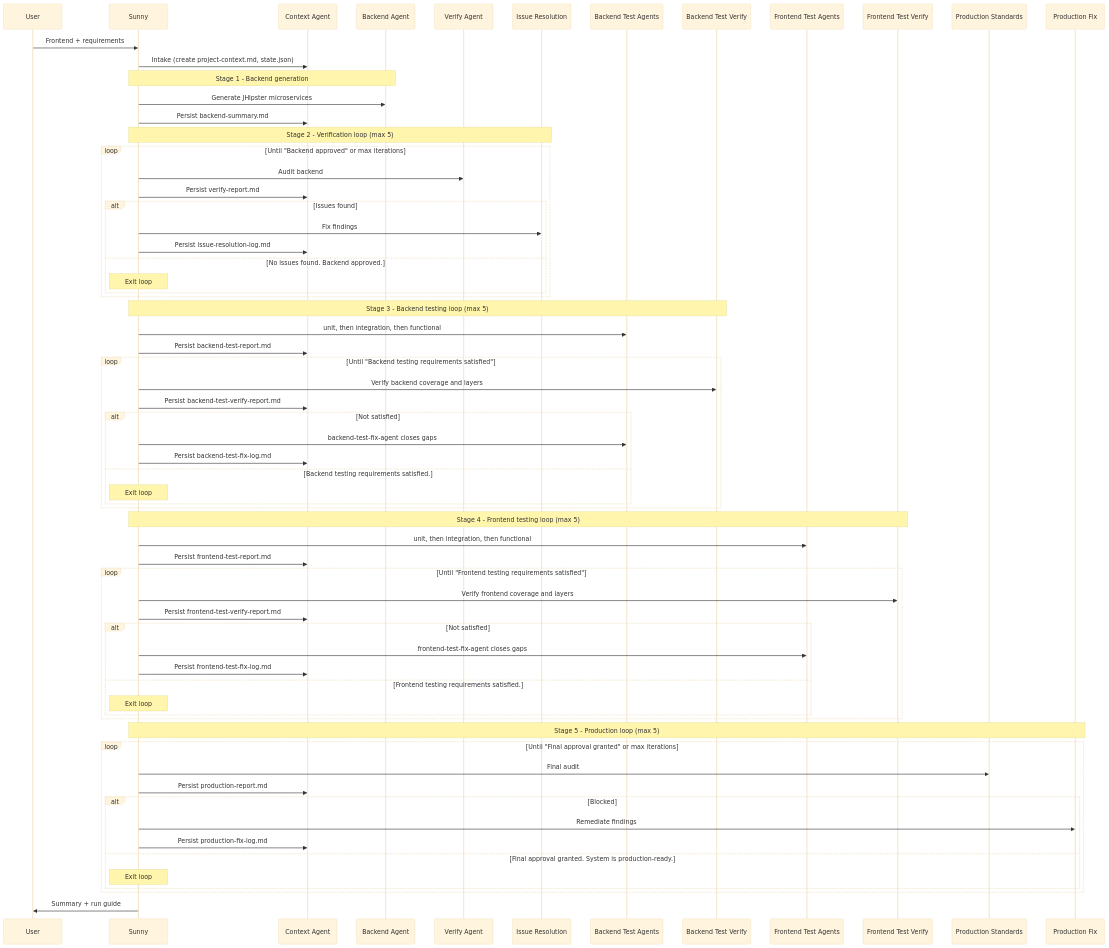
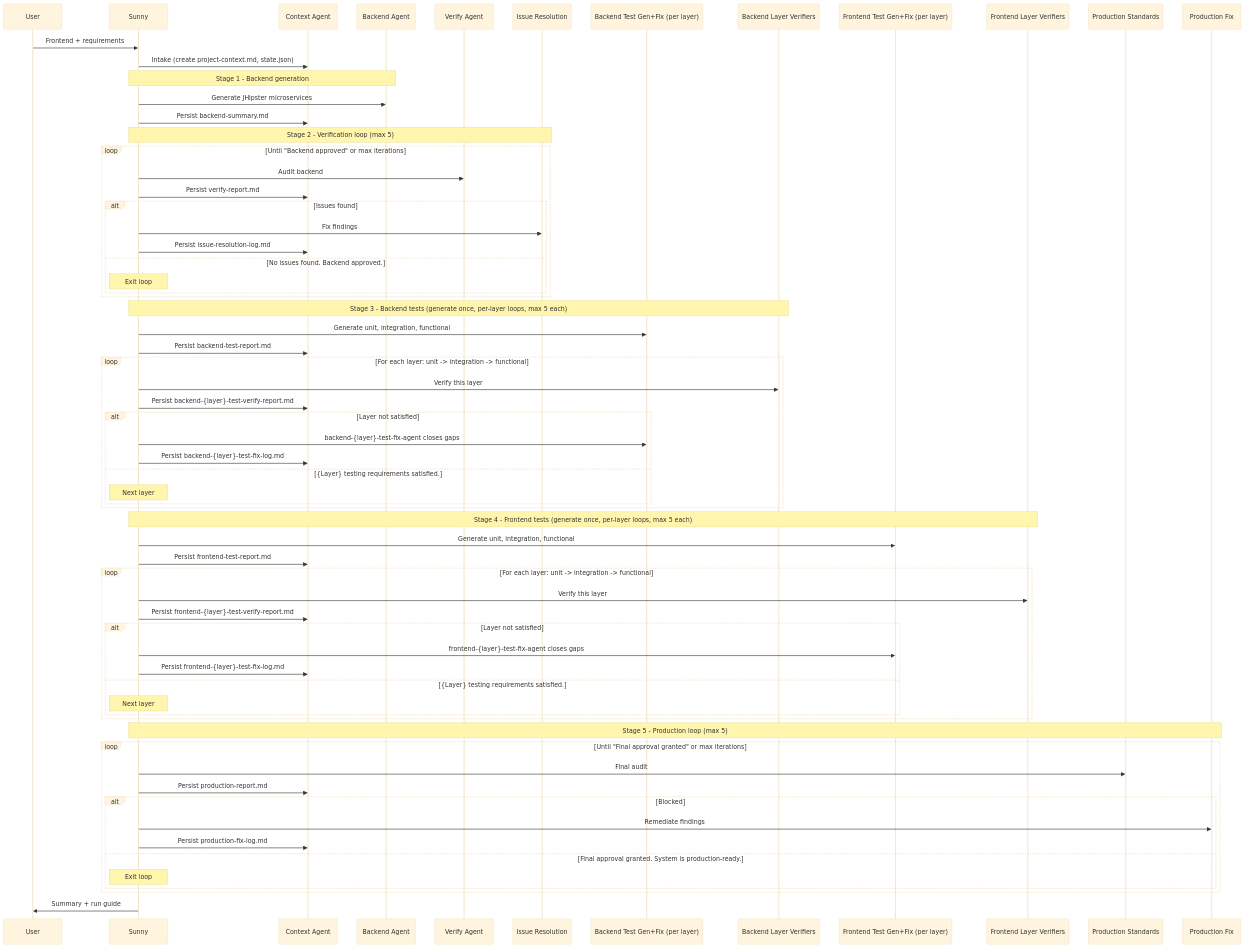
The second of 2 diagrams in .cursor/agents/README.md (priyam-qo-box/agents), drawn with Mermaid (base theme) before and after one commit. The commit also changed other lines of this file and 28 other files, not shown here.

First line of the commit message:
Refactor backend test agents and enhance documentation

````diff
--- a/.cursor/agents/README.md
+++ b/.cursor/agents/README.md
@@ -115,75 +115,75 @@
 ```mermaid
 sequenceDiagram
     participant U as User
     participant S as Sunny
     participant C as Context Agent
     participant B as Backend Agent
     participant V as Verify Agent
     participant I as Issue Resolution
-    participant BT as Backend Test Agents
-    participant BTV as Backend Test Verify
-    participant FT as Frontend Test Agents
-    participant FTV as Frontend Test Verify
+    participant BT as Backend Test Gen+Fix (per layer)
+    participant BTV as Backend Layer Verifiers
+    participant FT as Frontend Test Gen+Fix (per layer)
+    participant FTV as Frontend Layer Verifiers
     participant P as Production Standards
     participant PF as Production Fix
 
     U->>S: Frontend + requirements
     S->>C: Intake (create project-context.md, state.json)
 
     Note over S,B: Stage 1 - Backend generation
     S->>B: Generate JHipster microservices
     S->>C: Persist backend-summary.md
 
     Note over S,I: Stage 2 - Verification loop (max 5)
     loop Until "Backend approved" or max iterations
         S->>V: Audit backend
         S->>C: Persist verify-report.md
         alt Issues found
             S->>I: Fix findings
             S->>C: Persist issue-resolution-log.md
         else No issues found. Backend approved.
             Note over S: Exit loop
         end
     end
 
-    Note over S,BTV: Stage 3 - Backend testing loop (max 5)
-    S->>BT: unit, then integration, then functional
+    Note over S,BTV: Stage 3 - Backend tests (generate once, per-layer loops, max 5 each)
+    S->>BT: Generate unit, integration, functional
     S->>C: Persist backend-test-report.md
-    loop Until "Backend testing requirements satisfied"
-        S->>BTV: Verify backend coverage and layers
-        S->>C: Persist backend-test-verify-report.md
-        alt Not satisfied
-            S->>BT: backend-test-fix-agent closes gaps
-            S->>C: Persist backend-test-fix-log.md
-        else Backend testing requirements satisfied.
-            Note over S: Exit loop
+    loop For each layer: unit -> integration -> functional
+        S->>BTV: Verify this layer
+        S->>C: Persist backend-{layer}-test-verify-report.md
+        alt Layer not satisfied
+            S->>BT: backend-{layer}-test-fix-agent closes gaps
+            S->>C: Persist backend-{layer}-test-fix-log.md
+        else {Layer} testing requirements satisfied.
+            Note over S: Next layer
         end
     end
 
-    Note over S,FTV: Stage 4 - Frontend testing loop (max 5)
-    S->>FT: unit, then integration, then functional
+    Note over S,FTV: Stage 4 - Frontend tests (generate once, per-layer loops, max 5 each)
+    S->>FT: Generate unit, integration, functional
     S->>C: Persist frontend-test-report.md
-    loop Until "Frontend testing requirements satisfied"
-        S->>FTV: Verify frontend coverage and layers
-        S->>C: Persist frontend-test-verify-report.md
-        alt Not satisfied
-            S->>FT: frontend-test-fix-agent closes gaps
-            S->>C: Persist frontend-test-fix-log.md
-        else Frontend testing requirements satisfied.
-            Note over S: Exit loop
+    loop For each layer: unit -> integration -> functional
+        S->>FTV: Verify this layer
+        S->>C: Persist frontend-{layer}-test-verify-report.md
+        alt Layer not satisfied
+            S->>FT: frontend-{layer}-test-fix-agent closes gaps
+            S->>C: Persist frontend-{layer}-test-fix-log.md
+        else {Layer} testing requirements satisfied.
+            Note over S: Next layer
         end
     end
 
     Note over S,PF: Stage 5 - Production loop (max 5)
     loop Until "Final approval granted" or max iterations
         S->>P: Final audit
         S->>C: Persist production-report.md
         alt Blocked
             S->>PF: Remediate findings
             S->>C: Persist production-fix-log.md
         else Final approval granted. System is production-ready.
             Note over S: Exit loop
         end
     end
     S->>U: Summary + run guide
 ```
````
